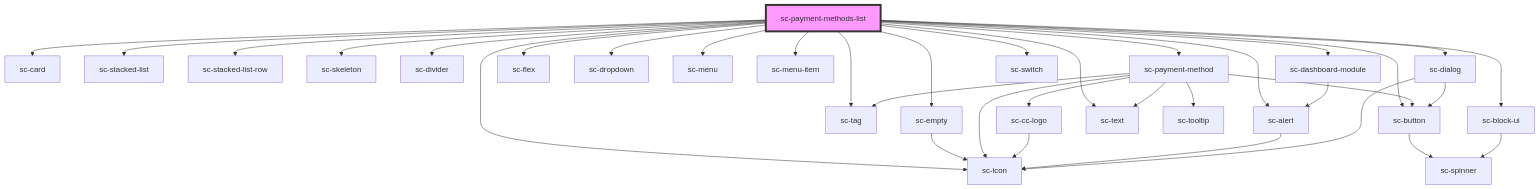
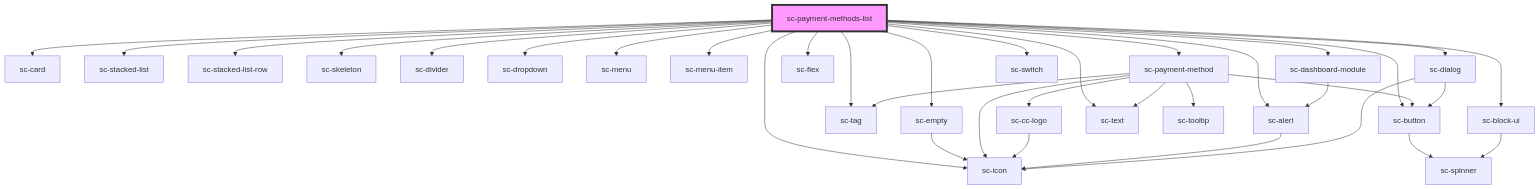
The diagram in packages/components/src/components/controllers/dashboard/payment-methods-list/readme.md (surecart/surecart-wp-plugin), drawn with Mermaid before and after one commit. The commit also changed other lines of this file and 2 other files, not shown here.

````diff
--- a/packages/components/src/components/controllers/dashboard/payment-methods-list/readme.md
+++ b/packages/components/src/components/controllers/dashboard/payment-methods-list/readme.md
@@ -43,38 +44,38 @@
 ```mermaid
 graph TD;
   sc-payment-methods-list --> sc-card
   sc-payment-methods-list --> sc-stacked-list
   sc-payment-methods-list --> sc-stacked-list-row
   sc-payment-methods-list --> sc-skeleton
   sc-payment-methods-list --> sc-divider
   sc-payment-methods-list --> sc-empty
-  sc-payment-methods-list --> sc-payment-method
-  sc-payment-methods-list --> sc-flex
-  sc-payment-methods-list --> sc-tag
   sc-payment-methods-list --> sc-dropdown
   sc-payment-methods-list --> sc-icon
   sc-payment-methods-list --> sc-menu
   sc-payment-methods-list --> sc-menu-item
+  sc-payment-methods-list --> sc-payment-method
+  sc-payment-methods-list --> sc-flex
+  sc-payment-methods-list --> sc-tag
   sc-payment-methods-list --> sc-dashboard-module
   sc-payment-methods-list --> sc-button
   sc-payment-methods-list --> sc-dialog
   sc-payment-methods-list --> sc-alert
   sc-payment-methods-list --> sc-switch
   sc-payment-methods-list --> sc-block-ui
   sc-payment-methods-list --> sc-text
   sc-empty --> sc-icon
   sc-payment-method --> sc-tooltip
   sc-payment-method --> sc-button
   sc-payment-method --> sc-icon
   sc-payment-method --> sc-tag
   sc-payment-method --> sc-cc-logo
   sc-payment-method --> sc-text
   sc-button --> sc-spinner
   sc-cc-logo --> sc-icon
   sc-dashboard-module --> sc-alert
   sc-alert --> sc-icon
   sc-dialog --> sc-button
   sc-dialog --> sc-icon
   sc-block-ui --> sc-spinner
   style sc-payment-methods-list fill:#f9f,stroke:#333,stroke-width:4px
 ```
````
